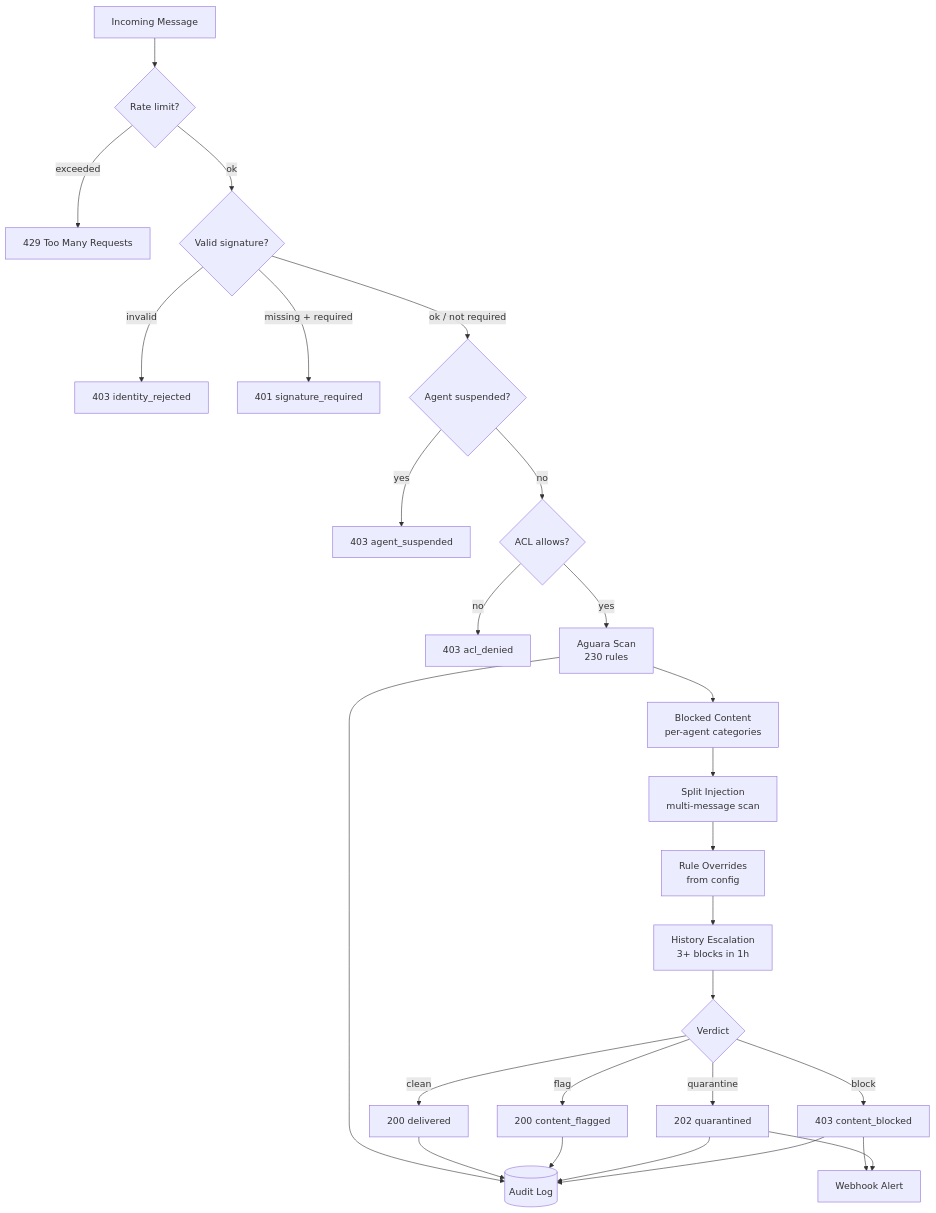
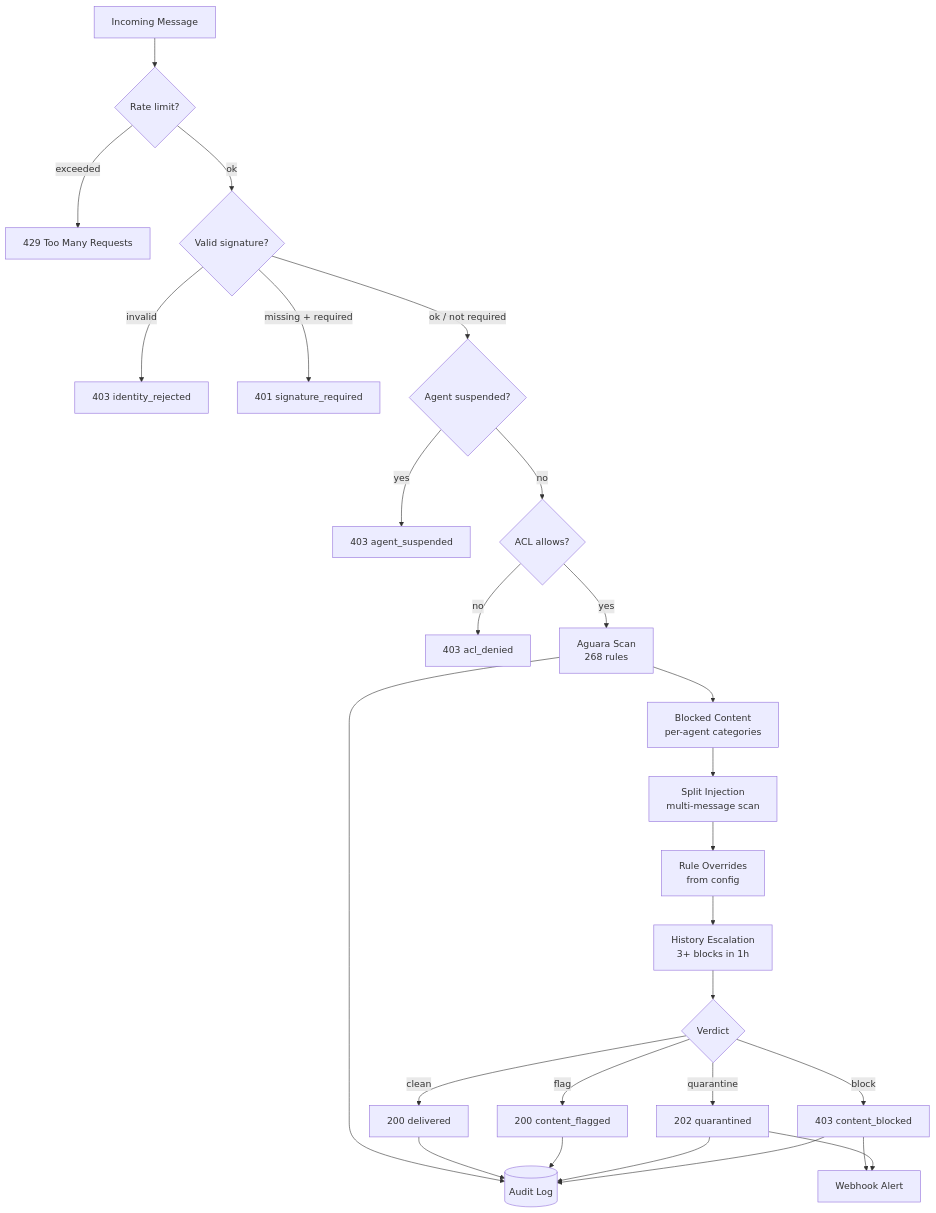
One commit to oktsec/oktsec changed the second of 6 diagrams in documentation/architecture.md. Above: the diagram before and after it, drawn with Mermaid. The commit also changed other lines of this file and 19 other files, not shown here.

````diff
--- a/documentation/architecture.md
+++ b/documentation/architecture.md
@@ -58,30 +58,30 @@
 ```mermaid
 flowchart TD
     msg[Incoming Message] --> rl{Rate limit?}
     rl -->|exceeded| r429[429 Too Many Requests]
     rl -->|ok| sig{Valid signature?}
     sig -->|invalid| r403a[403 identity_rejected]
     sig -->|missing + required| r401[401 signature_required]
     sig -->|ok / not required| sus{Agent suspended?}
     sus -->|yes| r403b[403 agent_suspended]
     sus -->|no| acl{ACL allows?}
     acl -->|no| r403c[403 acl_denied]
-    acl -->|yes| scan[Aguara Scan<br>230 rules]
+    acl -->|yes| scan[Aguara Scan<br>268 rules]
     scan --> bc[Blocked Content<br>per-agent categories]
     bc --> split[Split Injection<br>multi-message scan]
     split --> override[Rule Overrides<br>from config]
     override --> hist[History Escalation<br>3+ blocks in 1h]
     hist --> verdict{Verdict}
     verdict -->|clean| v200[200 delivered]
     verdict -->|flag| v200f[200 content_flagged]
     verdict -->|quarantine| v202[202 quarantined]
     verdict -->|block| v403[403 content_blocked]
 
     scan --> audit[(Audit Log)]
     v200 --> audit
     v200f --> audit
     v202 --> audit
     v403 --> audit
     v403 --> webhook[Webhook Alert]
     v202 --> webhook
 ```
````
